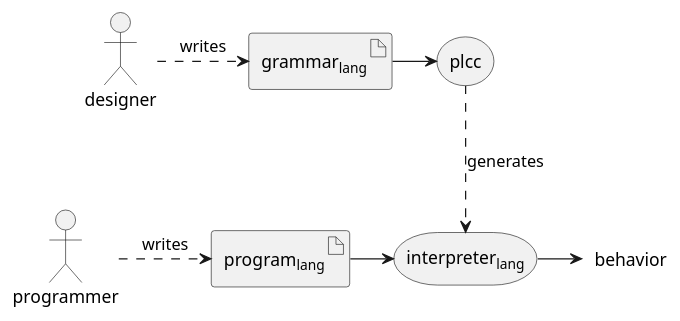
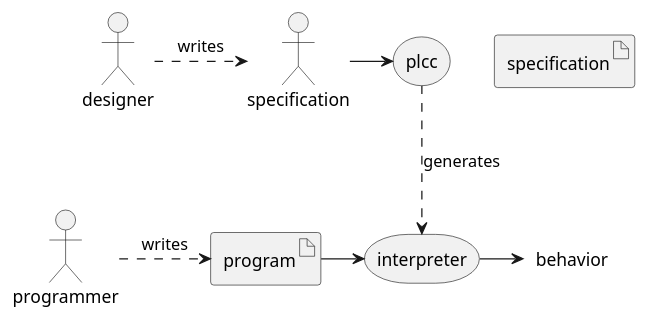
One commit to ourPLCC/course-materials-ng changed the first of 3 diagrams in textbook/01-overview.md. Above: the diagram before and after it, drawn with PlantUML. The commit also changed other lines of this file, not shown here.

Commit message:
docs(01-overview): replace "grammar" with "specification"

````diff
--- a/textbook/01-overview.md
+++ b/textbook/01-overview.md
@@ -22,29 +22,29 @@
 ```plantuml
 @startuml
 actor designer
 actor programmer
 
-artifact grammar [
-    grammar<sub>lang</sub>
+artifact specificiation [
+    specification
 ]
 
 storage plcc
 
 storage interpreter [
-    interpreter<sub>lang</sub>
+    interpreter
 ]
 
 artifact program [
-    program<sub>lang</sub>
+    program
 ]
 
 label behavior
 
-designer .> grammar : writes
-grammar -> plcc
+designer .> specification : writes
+specification -> plcc
 plcc ..> interpreter :generates
 program -> interpreter
 interpreter -> behavior
 programmer .> program : writes
 @enduml
 ```
````
